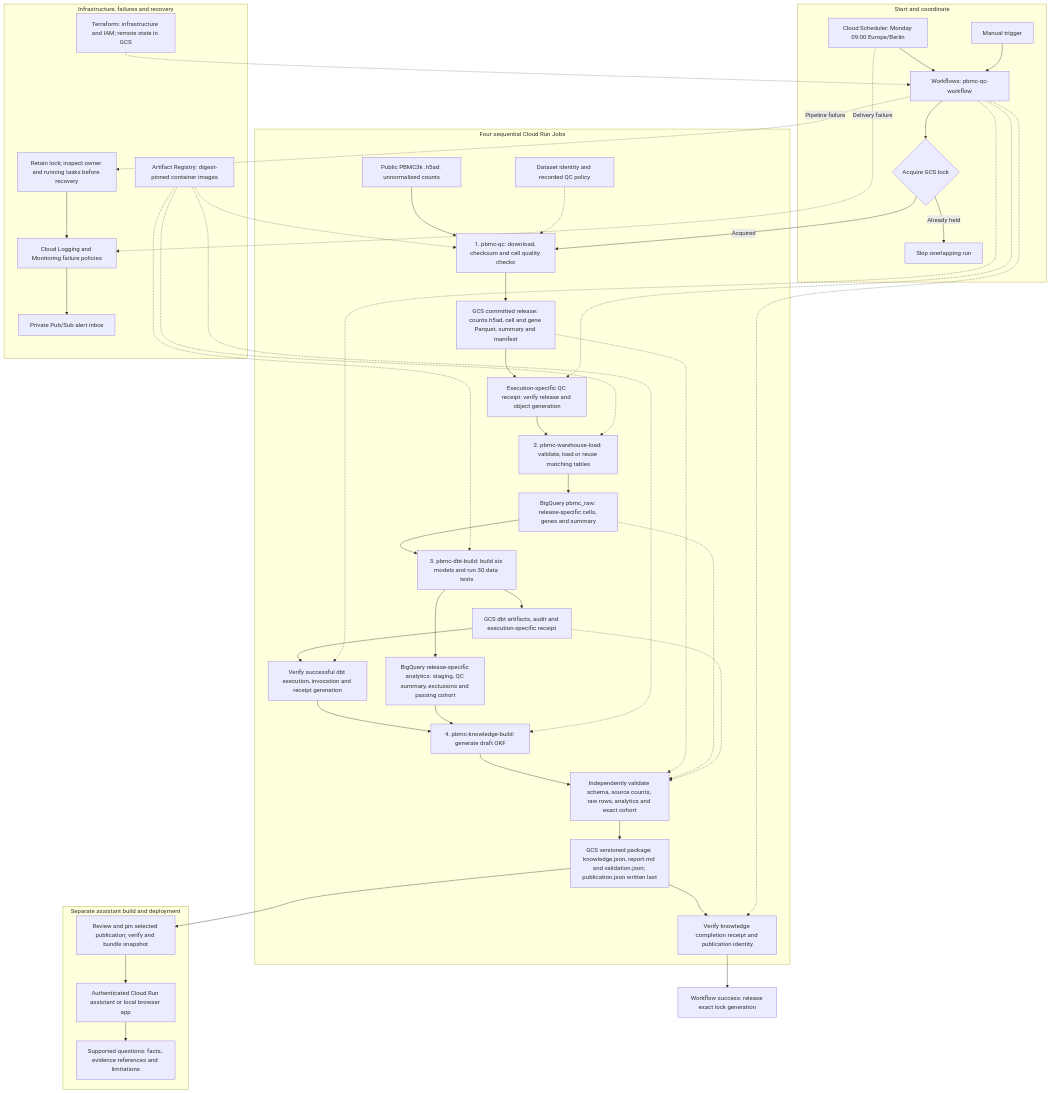
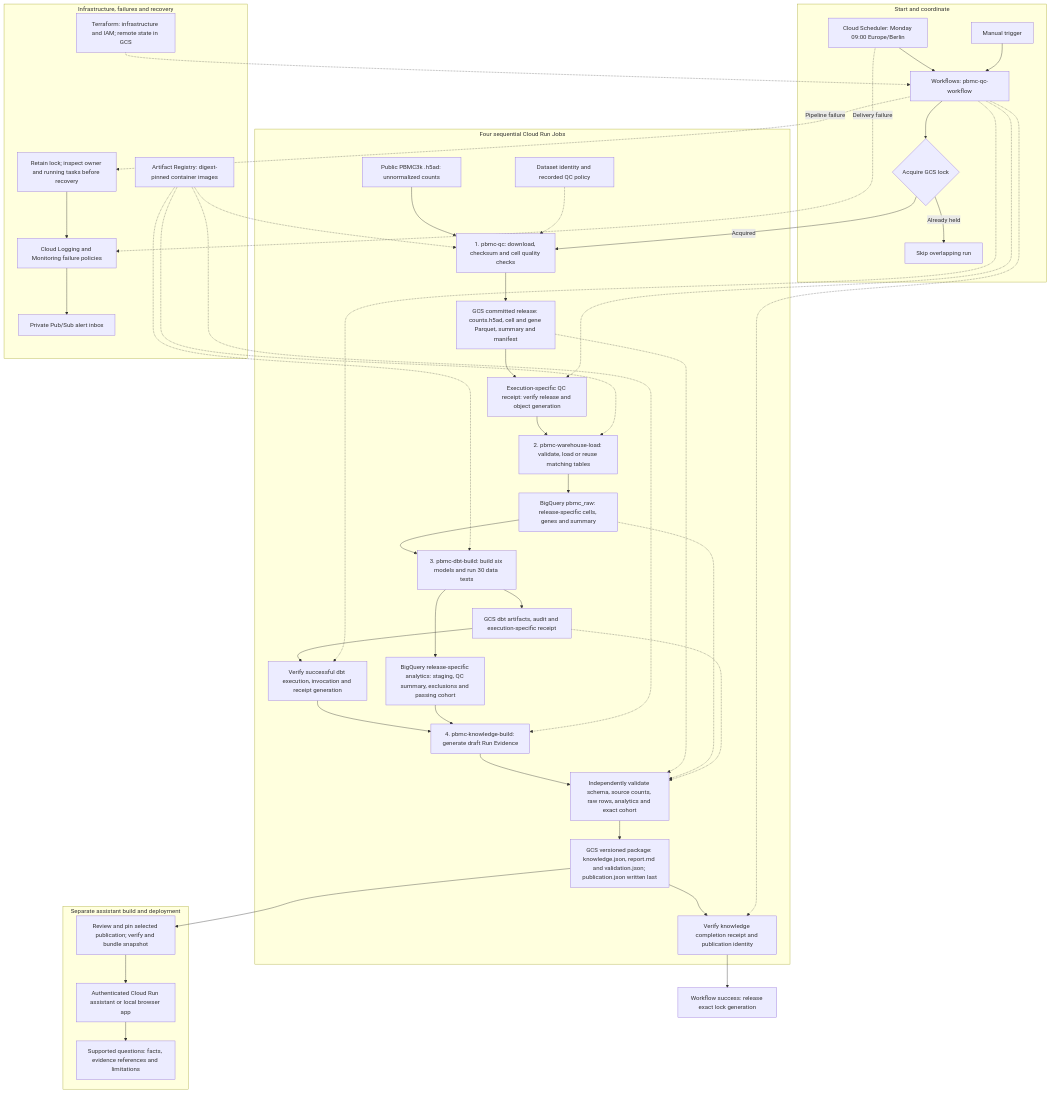
The diagram in README.md (suvrazastrovision/tracecell), drawn with Mermaid before and after one commit. The commit also changed other lines of this file and 56 other files, not shown here.

````diff
--- a/README.md
+++ b/README.md
@@ -23,54 +23,54 @@
 ```mermaid
 flowchart TD
     subgraph Control["Start and coordinate"]
         Schedule["Cloud Scheduler: Monday 09:00 Europe/Berlin"] --> Workflow["Workflows: pbmc-qc-workflow"]
         Manual["Manual trigger"] --> Workflow
         Workflow --> Lock{"Acquire GCS lock"}
         Lock -->|Already held| Skip["Skip overlapping run"]
     end
 
     subgraph Processing["Four sequential Cloud Run Jobs"]
         Source["Public PBMC3k .h5ad: unnormalized counts"] --> QC["1. pbmc-qc: download, checksum and cell quality checks"]
         Config["Dataset identity and recorded QC policy"] -.-> QC
         QC --> Release["GCS committed release: counts.h5ad, cell and gene Parquet, summary and manifest"]
         Release --> QCReceipt["Execution-specific QC receipt: verify release and object generation"]
         QCReceipt --> Load["2. pbmc-warehouse-load: validate, load or reuse matching tables"]
         Load --> Raw["BigQuery pbmc_raw: release-specific cells, genes and summary"]
         Raw --> Dbt["3. pbmc-dbt-build: build six models and run 30 data tests"]
         Dbt --> Analytics["BigQuery release-specific analytics: staging, QC summary, exclusions and passing cohort"]
         Dbt --> DbtEvidence["GCS dbt artifacts, audit and execution-specific receipt"]
         DbtEvidence --> Handoff["Verify successful dbt execution, invocation and receipt generation"]
-        Handoff --> Knowledge["4. pbmc-knowledge-build: generate draft OKF"]
+        Handoff --> Knowledge["4. pbmc-knowledge-build: generate draft Run Evidence"]
         Analytics --> Knowledge
         Knowledge --> Validate["Independently validate schema, source counts, raw rows, analytics and exact cohort"]
         Release -.-> Validate
         Raw -.-> Validate
         DbtEvidence -.-> Validate
         Validate --> Publish["GCS versioned package: knowledge.json, report.md and validation.json; publication.json written last"]
         Publish --> FinalReceipt["Verify knowledge completion receipt and publication identity"]
     end
 
     Lock -->|Acquired| QC
     Workflow -.-> QCReceipt
     Workflow -.-> Handoff
     Workflow -.-> FinalReceipt
     FinalReceipt --> Success["Workflow success: release exact lock generation"]
 
     subgraph Serving["Separate assistant build and deployment"]
         Publish --> Review["Review and pin selected publication; verify and bundle snapshot"]
         Review --> Assistant["Authenticated Cloud Run assistant or local browser app"]
         Assistant --> Answers["Supported questions: facts, evidence references and limitations"]
     end
 
     subgraph Operations["Infrastructure, failures and recovery"]
         Terraform["Terraform: infrastructure and IAM; remote state in GCS"] -.-> Workflow
         Images["Artifact Registry: digest-pinned container images"] -.-> QC
         Images -.-> Load
         Images -.-> Dbt
         Images -.-> Knowledge
         Workflow -.->|Pipeline failure| Retain["Retain lock; inspect owner and running tasks before recovery"]
         Retain --> Logs["Cloud Logging and Monitoring failure policies"]
         Schedule -.->|Delivery failure| Logs
         Logs --> Inbox["Private Pub/Sub alert inbox"]
     end
 ```
````
